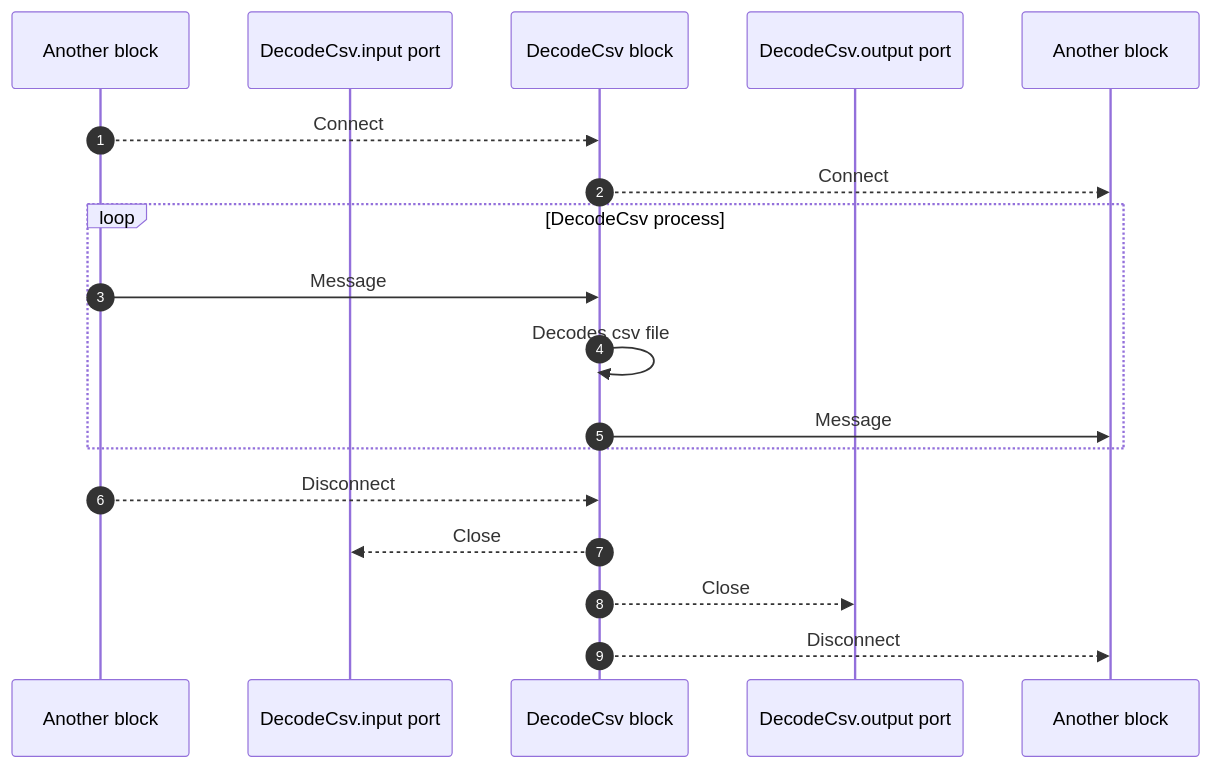
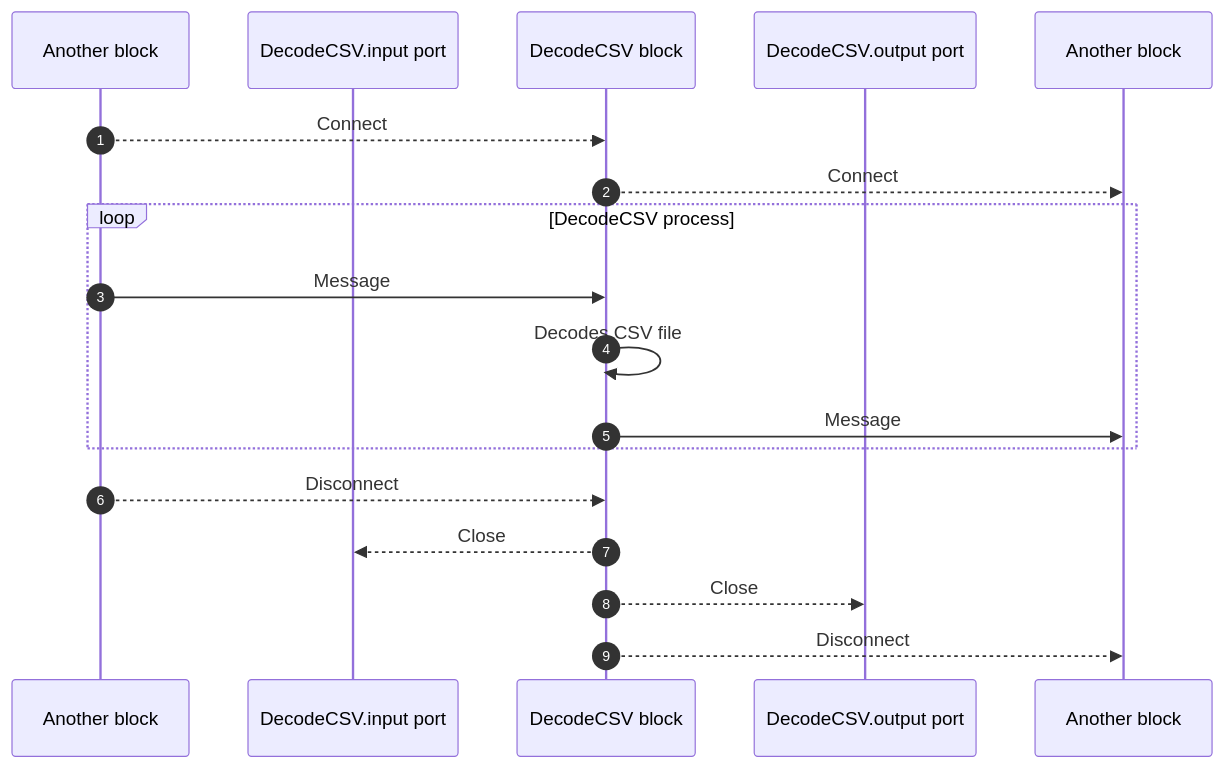
Before and after one commit to AsimovPlatform/protoflow: the diagram in lib/protoflow-blocks/doc/text/decode_csv.seq.mmd, drawn with Mermaid. The commit also changed 11 other files, not shown here.

```diff
--- a/lib/protoflow-blocks/doc/text/decode_csv.seq.mmd
+++ b/lib/protoflow-blocks/doc/text/decode_csv.seq.mmd
@@ -1,21 +1,21 @@
 sequenceDiagram
     autonumber
     participant BlockA as Another block
-    participant DecodeCsv.input as DecodeCsv.input port
-    participant DecodeCsv as DecodeCsv block
-    participant DecodeCsv.output as DecodeCsv.output port
+    participant DecodeCSV.input as DecodeCSV.input port
+    participant DecodeCSV as DecodeCSV block
+    participant DecodeCSV.output as DecodeCSV.output port
     participant BlockB as Another block
 
-    BlockA-->>DecodeCsv: Connect
-    DecodeCsv-->>BlockB: Connect
+    BlockA-->>DecodeCSV: Connect
+    DecodeCSV-->>BlockB: Connect
 
-    loop DecodeCsv process
-        BlockA->>DecodeCsv: Message
-        DecodeCsv->>DecodeCsv: Decodes csv file
-        DecodeCsv->>BlockB: Message
+    loop DecodeCSV process
+        BlockA->>DecodeCSV: Message
+        DecodeCSV->>DecodeCSV: Decodes CSV file
+        DecodeCSV->>BlockB: Message
     end
 
-    BlockA-->>DecodeCsv: Disconnect
-    DecodeCsv-->>DecodeCsv.input: Close
-    DecodeCsv-->>DecodeCsv.output: Close
-    DecodeCsv-->>BlockB: Disconnect
+    BlockA-->>DecodeCSV: Disconnect
+    DecodeCSV-->>DecodeCSV.input: Close
+    DecodeCSV-->>DecodeCSV.output: Close
+    DecodeCSV-->>BlockB: Disconnect
```
